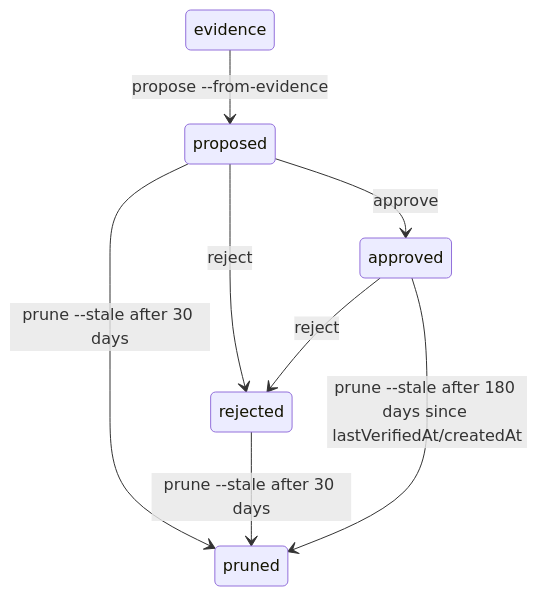
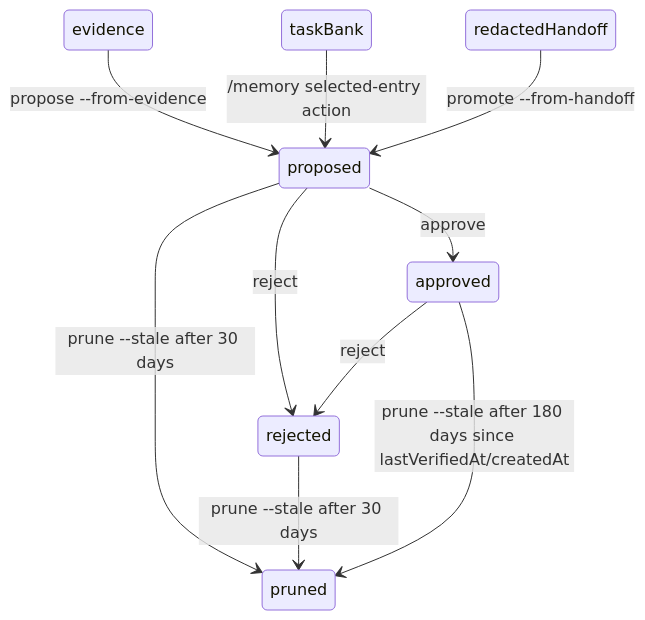
Before and after one commit to iowarp/clio-coder: the diagram in docs/evidence-and-memory.md, drawn with Mermaid. The commit also changed other lines of this file and 22 other files, not shown here.

First line of the commit message:
feat(memory): add reviewed task-bank promotion

````diff
--- a/docs/evidence-and-memory.md
+++ b/docs/evidence-and-memory.md
@@ -267,10 +268,12 @@
 ```mermaid
 stateDiagram-v2
     evidence --> proposed: propose --from-evidence
+    taskBank --> proposed: /memory selected-entry action
+    redactedHandoff --> proposed: promote --from-handoff
     proposed --> approved: approve <id>
     proposed --> rejected: reject <id>
     approved --> rejected: reject <id>
     proposed --> pruned: prune --stale after 30 days
     rejected --> pruned: prune --stale after 30 days
     approved --> pruned: prune --stale after 180 days since lastVerifiedAt/createdAt
 ```
````
